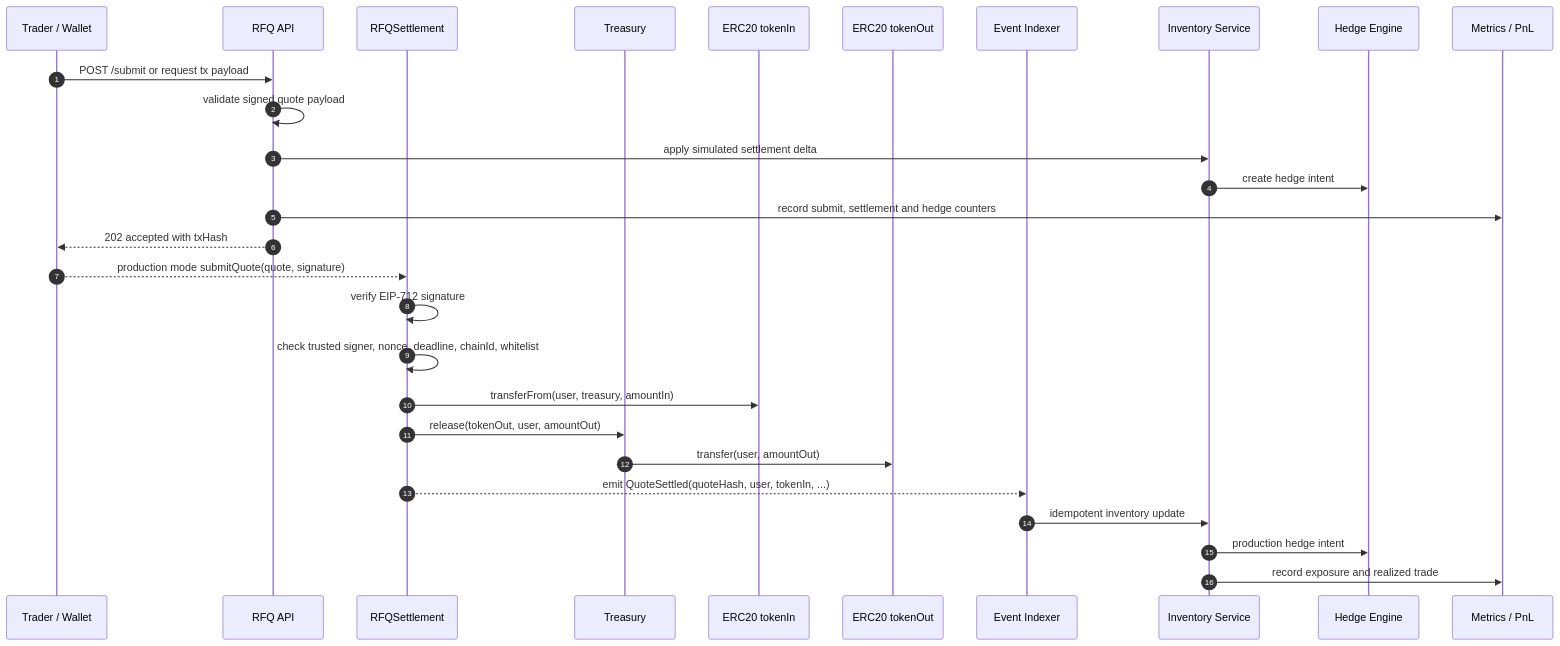
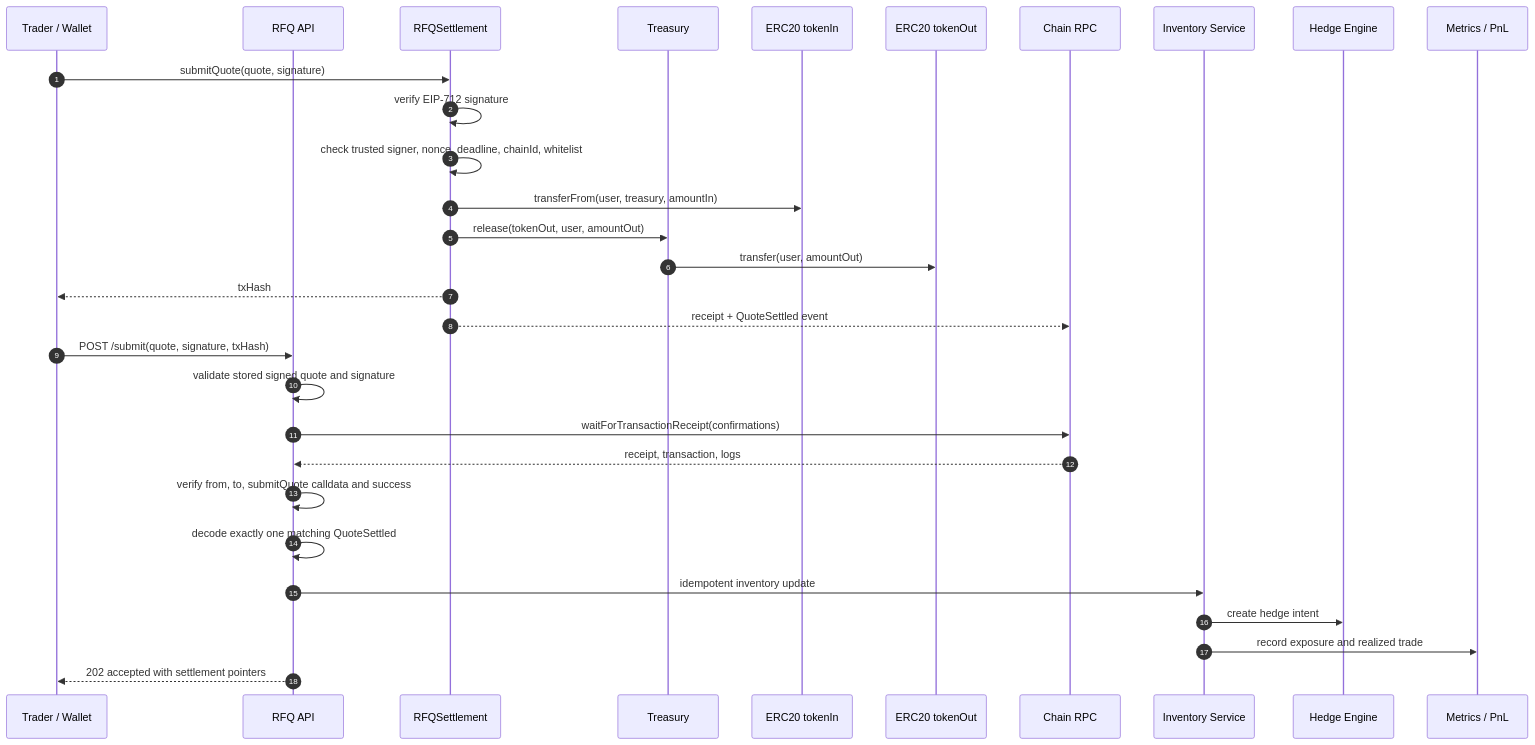
The diagram in docs/diagrams/submit-sequence.md (alvis-ai/production-grade-web3-rfq-market-maker), drawn with Mermaid before and after one commit. The commit also changed other lines of this file and 34 other files, not shown here.

Commit message:
Add receipt-confirmed settlement execution

````diff
--- a/docs/diagrams/submit-sequence.md
+++ b/docs/diagrams/submit-sequence.md
@@ -5,31 +5,33 @@
 ```mermaid
 sequenceDiagram
   autonumber
   participant User as Trader / Wallet
   participant API as RFQ API
   participant Chain as RFQSettlement
   participant Treasury as Treasury
   participant TokenIn as ERC20 tokenIn
   participant TokenOut as ERC20 tokenOut
-  participant Indexer as Event Indexer
+  participant RPC as Chain RPC
   participant Inventory as Inventory Service
   participant Hedge as Hedge Engine
   participant Metrics as Metrics / PnL
 
-  User->>API: POST /submit or request tx payload
-  API->>API: validate signed quote payload
-  API->>Inventory: apply simulated settlement delta
-  Inventory->>Hedge: create hedge intent
-  API->>Metrics: record submit, settlement and hedge counters
-  API-->>User: 202 accepted with txHash
-  User-->>Chain: production mode submitQuote(quote, signature)
+  User->>Chain: submitQuote(quote, signature)
   Chain->>Chain: verify EIP-712 signature
   Chain->>Chain: check trusted signer, nonce, deadline, chainId, whitelist
   Chain->>TokenIn: transferFrom(user, treasury, amountIn)
   Chain->>Treasury: release(tokenOut, user, amountOut)
   Treasury->>TokenOut: transfer(user, amountOut)
-  Chain-->>Indexer: emit QuoteSettled(quoteHash, user, tokenIn, ...)
-  Indexer->>Inventory: idempotent inventory update
-  Inventory->>Hedge: production hedge intent
+  Chain-->>User: txHash
+  Chain-->>RPC: receipt + QuoteSettled event
+  User->>API: POST /submit(quote, signature, txHash)
+  API->>API: validate stored signed quote and signature
+  API->>RPC: waitForTransactionReceipt(confirmations)
+  RPC-->>API: receipt, transaction, logs
+  API->>API: verify from, to, submitQuote calldata and success
+  API->>API: decode exactly one matching QuoteSettled
+  API->>Inventory: idempotent inventory update
+  Inventory->>Hedge: create hedge intent
   Inventory->>Metrics: record exposure and realized trade
+  API-->>User: 202 accepted with settlement pointers
 ```
````
